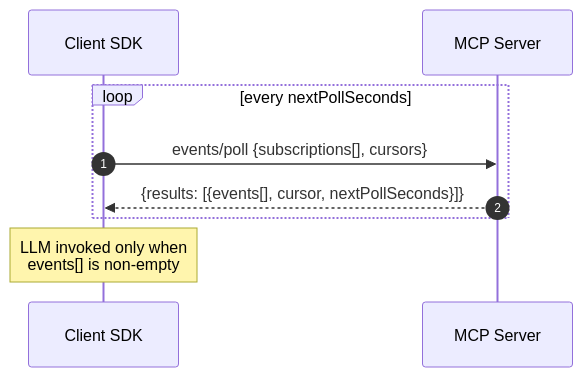
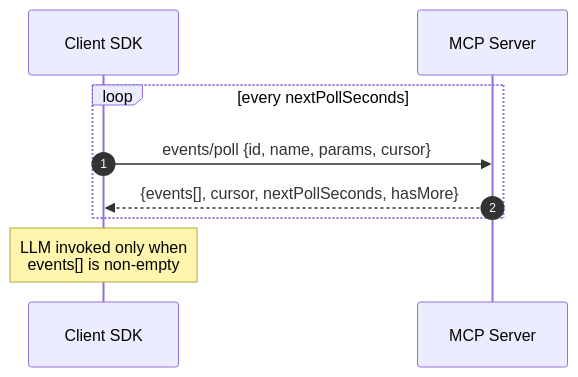
One commit to modelcontextprotocol/experimental-ext-triggers-events changed the first of 4 diagrams in docs/design-sketch-proposal.md. Above: the diagram before and after it, drawn with Mermaid. The commit also changed other lines of this file, not shown here.

First line of the commit message:
Revise Events design sketch: poll mandatory, webhook delivery profile, SEP review fixes

````diff
--- a/docs/design-sketch-proposal.md
+++ b/docs/design-sketch-proposal.md
@@ -125,12 +126,12 @@
 ```mermaid
 sequenceDiagram
     autonumber
     participant SDK as Client SDK
     participant Server as MCP Server
 
     loop every nextPollSeconds
-        SDK->>Server: events/poll {subscriptions[], cursors}
-        Server-->>SDK: {results: [{events[], cursor, nextPollSeconds}]}
+        SDK->>Server: events/poll {id, name, params, cursor}
+        Server-->>SDK: {events[], cursor, nextPollSeconds, hasMore}
     end
     Note over SDK: LLM invoked only when<br/>events[] is non-empty
 ```
````
